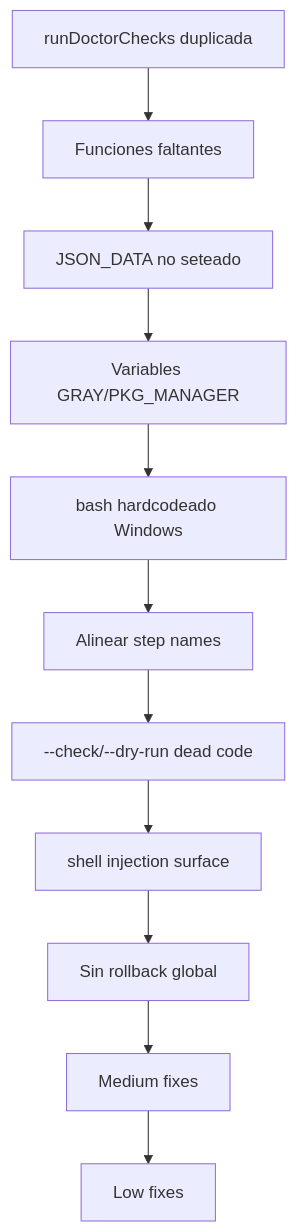
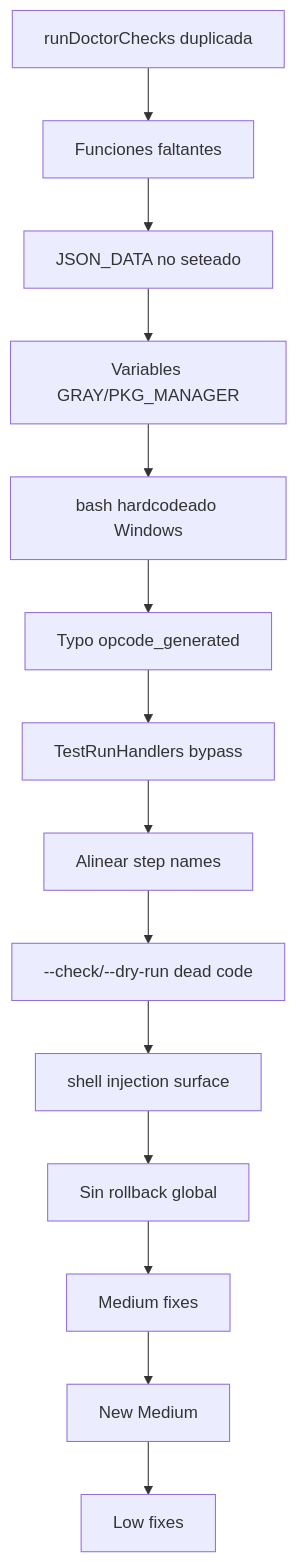
One commit to orlinefoster/lara-diaries changed the diagram in tareas-pendientes.md. Above: the diagram before and after it, drawn with Mermaid. The commit also changed other lines of this file, not shown here.

````diff
--- a/tareas-pendientes.md
+++ b/tareas-pendientes.md
@@ -362,13 +458,16 @@
 ```mermaid
 graph TD
     C1[runDoctorChecks duplicada] --> C2[Funciones faltantes]
     C2 --> C3[JSON_DATA no seteado]
     C3 --> C4[Variables GRAY/PKG_MANAGER]
     C4 --> C5[bash hardcodeado Windows]
-    C5 --> H1[Alinear step names]
+    C5 --> N1[Typo opcode_generated]
+    N1 --> N2[TestRunHandlers bypass]
+    N2 --> H1[Alinear step names]
     H1 --> H2[--check/--dry-run dead code]
     H2 --> H3[shell injection surface]
     H3 --> H4[Sin rollback global]
     H4 --> M1-M9[Medium fixes]
-    M1-M9 --> L1-L4[Low fixes]
+    M1-M9 --> N3-N5[New Medium]
+    N3-N5 --> L1-L7[Low fixes]
 ```
````
